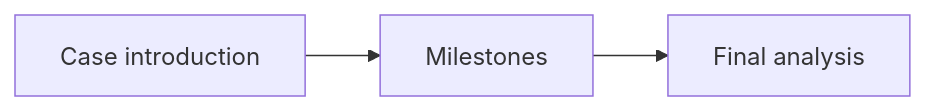
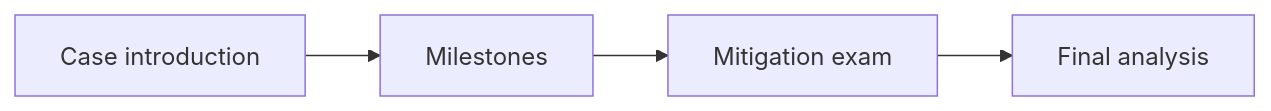
Before and after one commit to Jkbarros/cyber-crime-investigation-emu: the diagram in README.md, drawn with Mermaid. The commit also changed other lines of this file and 14 other files, not shown here.

````diff
--- a/README.md
+++ b/README.md
@@ -23,7 +29,8 @@
 ```mermaid
 flowchart LR
   C[Case introduction]
   M[Milestones]
+  E[Mitigation exam]
   F[Final analysis]
-  C --> M --> F
+  C --> M --> E --> F
 ```
````
